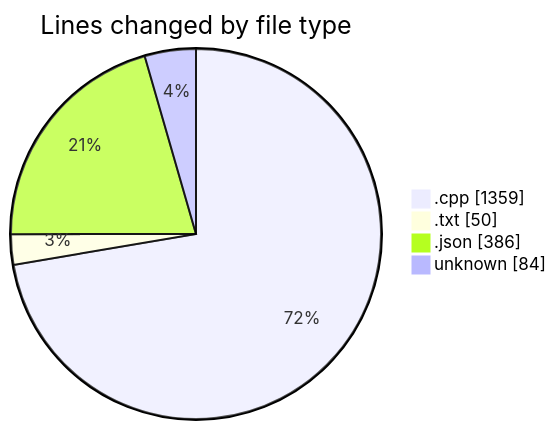
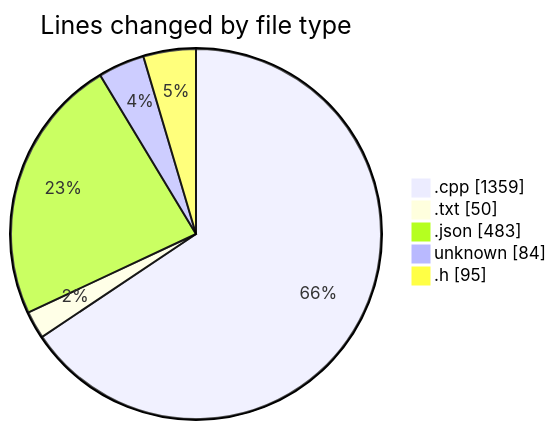
One commit to charlie-sans/code-tracking changed the first of 2 diagrams in 2025-04-28/c-masm/README.md. Above: the diagram before and after it, drawn with Mermaid. The commit also changed other lines of this file and 1 other file, not shown here.

````diff
--- a/2025-04-28/c-masm/README.md
+++ b/2025-04-28/c-masm/README.md
@@ -25,8 +27,9 @@
 ```mermaid
 pie showData
 title Lines changed by file type
 ".cpp" : 1359
 ".txt" : 50
-".json" : 386
+".json" : 483
 "unknown" : 84
+".h" : 95
 ```
````
